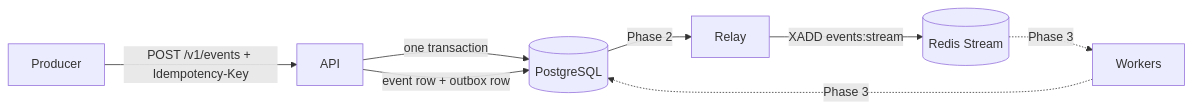
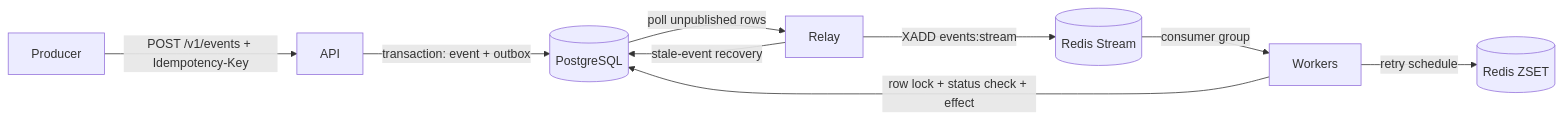
Before and after one commit to morningstar0521/Idempotent-Event-Processor: the diagram in README.md, drawn with Mermaid. The commit also changed other lines of this file and 1 other file, not shown here.

Commit message:
docs(readme): explain guarantees architecture and measured results

````diff
--- a/README.md
+++ b/README.md
@@ -29,10 +28,11 @@
 ```mermaid
 flowchart LR
   P[Producer] -->|POST /v1/events + Idempotency-Key| API[API]
-  API -->|one transaction| PG[(PostgreSQL)]
-  API -->|event row + outbox row| PG
-  PG -->|Phase 2| R[Relay]
+  API -->|transaction: event + outbox| PG[(PostgreSQL)]
+  PG -->|poll unpublished rows| R[Relay]
   R -->|XADD events:stream| RS[(Redis Stream)]
-  RS -.->|Phase 3| W[Workers]
-  W -.->|Phase 3| PG
+  RS -->|consumer group| W[Workers]
+  W -->|row lock + status check + effect| PG
+  W -->|retry schedule| Z[(Redis ZSET)]
+  R -->|stale-event recovery| PG
 ```
````
